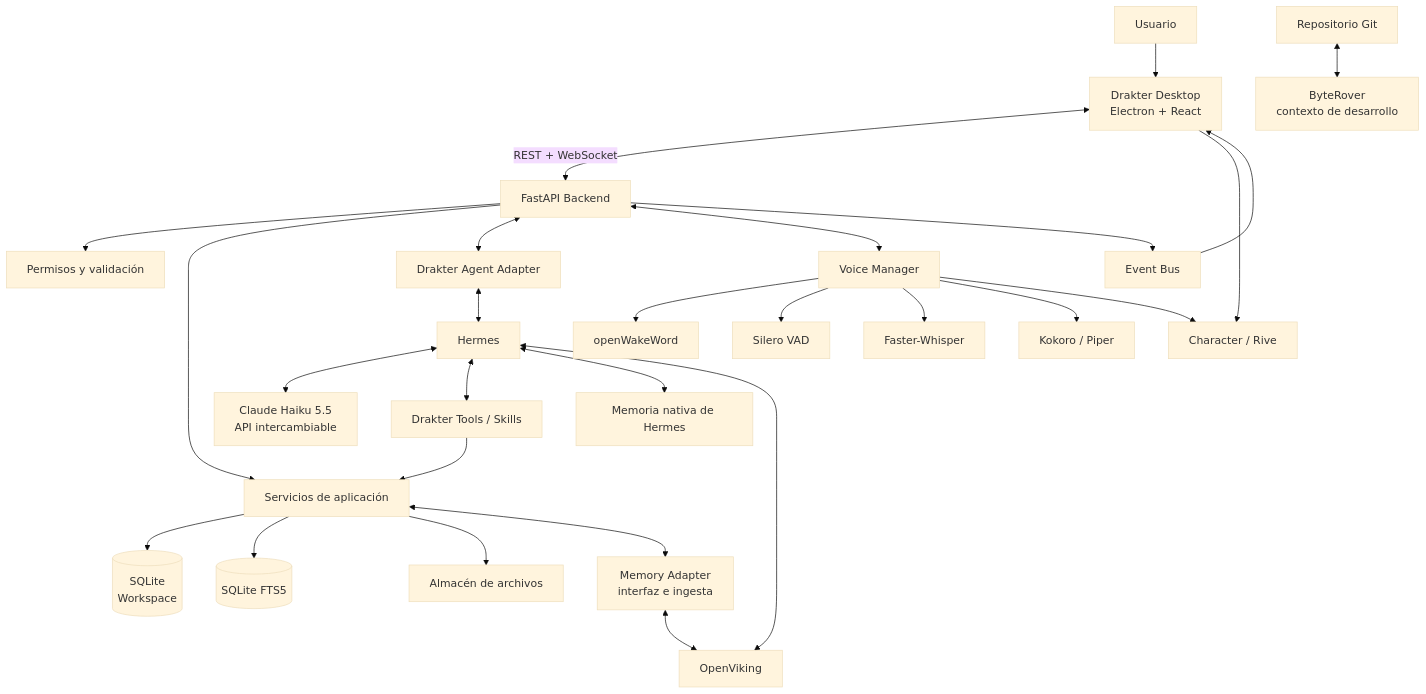
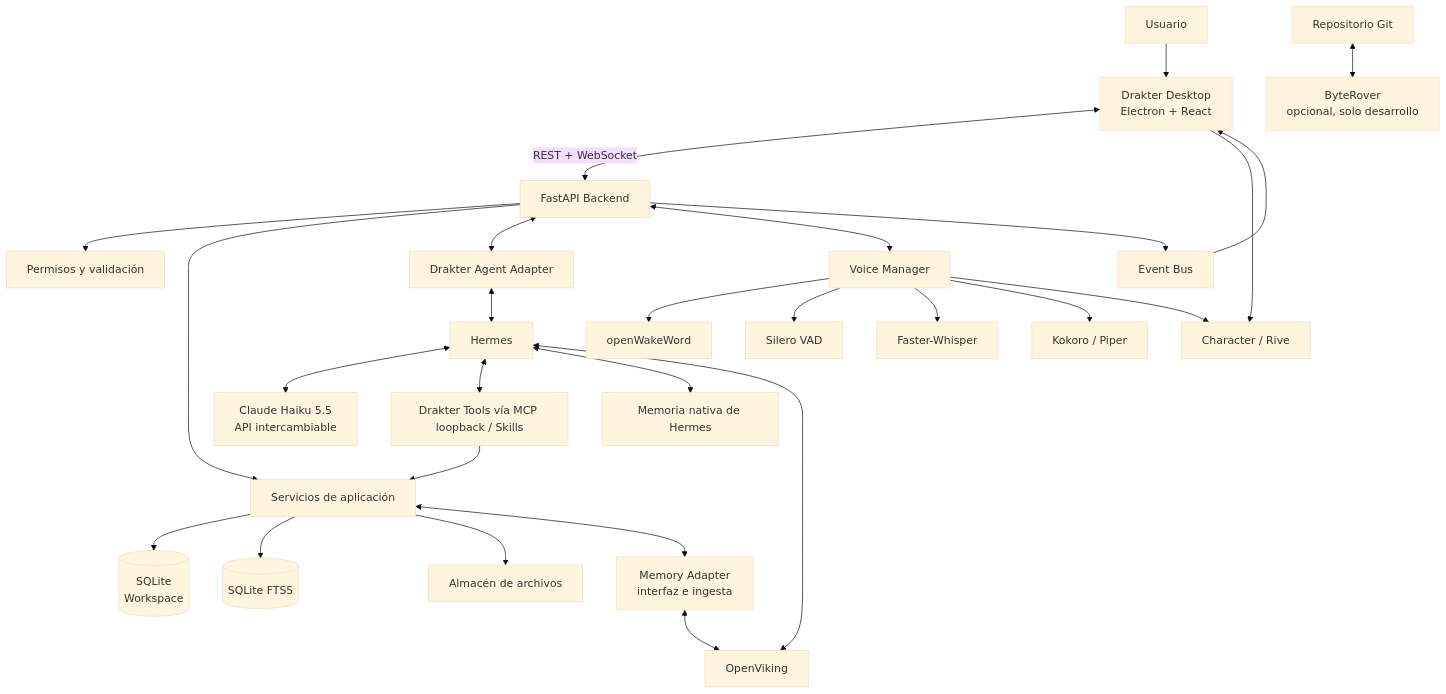
One commit to Lordi898/Drakter changed the diagram in docs/ROADMAP.md. Above: the diagram before and after it, drawn with Mermaid (base theme). The commit also changed other lines of this file and 3 other files, not shown here.

````diff
--- a/docs/ROADMAP.md
+++ b/docs/ROADMAP.md
@@ -265,35 +295,35 @@
 ``` mermaid
 flowchart TB
     U[Usuario] --> UI[Drakter Desktop<br/>Electron + React]
     UI <-->|REST + WebSocket| API[FastAPI Backend]
 
     API --> AUTH[Permisos y validación]
     API --> APP[Servicios de aplicación]
     APP --> DB[(SQLite<br/>Workspace)]
     APP --> IDX[(SQLite FTS5)]
     APP --> FILES[Almacén de archivos]
 
     API <--> CORE[Drakter Agent Adapter]
     CORE <--> H[Hermes]
     H <--> LLM[Claude Haiku 5.5<br/>API intercambiable]
-    H <--> TOOLS[Drakter Tools / Skills]
+    H <--> TOOLS[Drakter Tools vía MCP loopback / Skills]
     TOOLS --> APP
 
     H <--> NM[Memoria nativa de Hermes]
     H <--> OV[OpenViking]
     APP <--> MEM[Memory Adapter<br/>interfaz e ingesta]
     MEM <--> OV
 
     API <--> VOICE[Voice Manager]
     VOICE --> WW[openWakeWord]
     VOICE --> VAD[Silero VAD]
     VOICE --> STT[Faster-Whisper]
     VOICE --> TTS[Kokoro / Piper]
 
     API --> EVENTS[Event Bus]
     EVENTS --> UI
     UI --> RIVE[Character / Rive]
     VOICE --> RIVE
 
-    DEV[Repositorio Git] <--> BR[ByteRover<br/>contexto de desarrollo]
+    DEV[Repositorio Git] <--> BR[ByteRover<br/>opcional, solo desarrollo]
 ```
````
